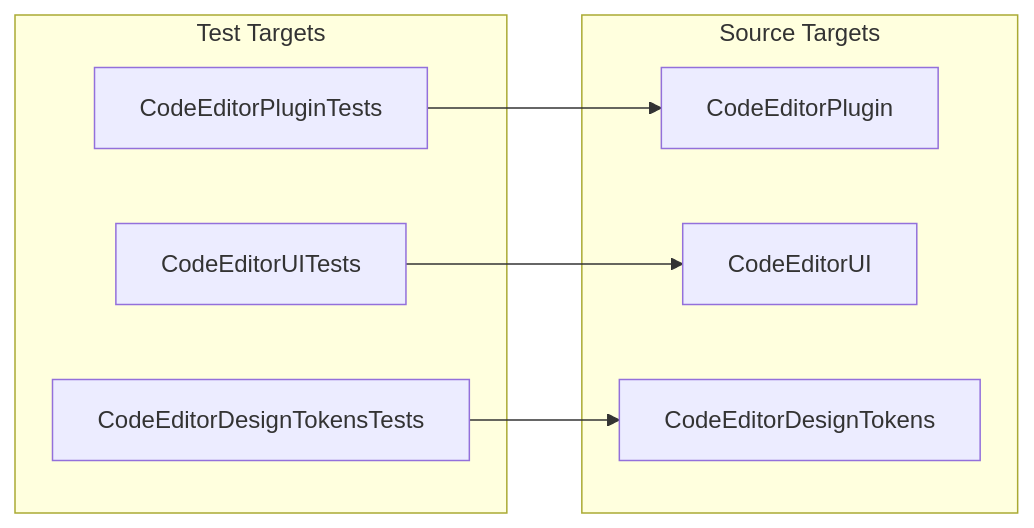
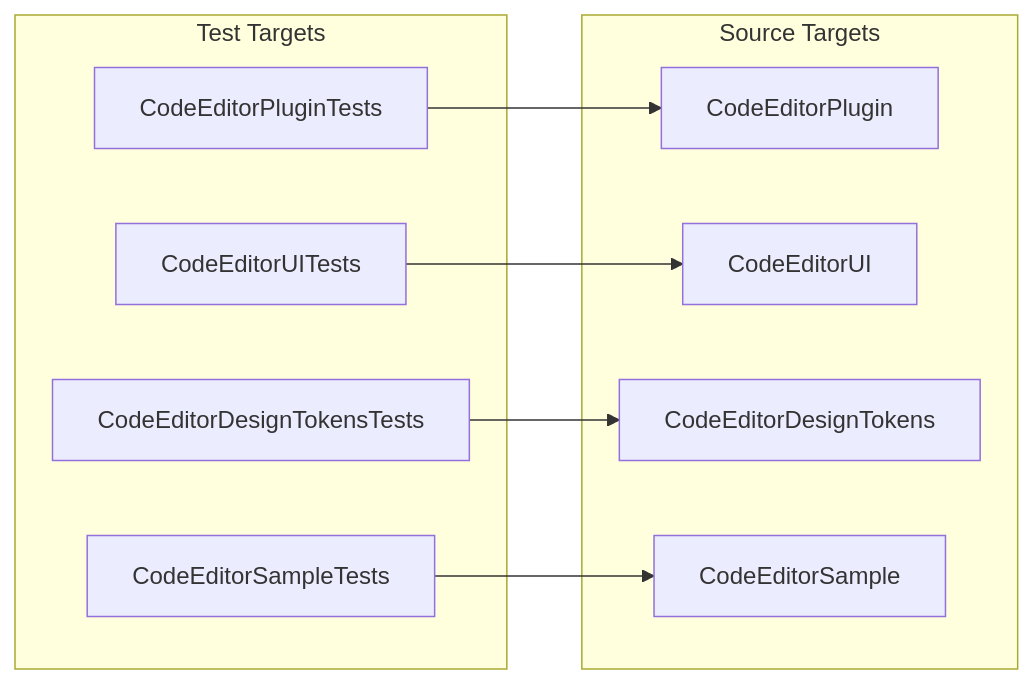
Before and after one commit to ajmcclary/CodeEditorKit: the second of 3 diagrams in docs/Diagrams/26-sample-dependencies.md, drawn with Mermaid. The commit also changed other lines of this file and 24 other files, not shown here.

````diff
--- a/docs/Diagrams/26-sample-dependencies.md
+++ b/docs/Diagrams/26-sample-dependencies.md
@@ -29,18 +29,21 @@
 ```mermaid
 flowchart LR
     subgraph "Test Targets"
         PluginTests[CodeEditorPluginTests]
         TokensTests[CodeEditorDesignTokensTests]
         UITests[CodeEditorUITests]
+        SampleTests[CodeEditorSampleTests]
     end
 
     subgraph "Source Targets"
         Plugin[CodeEditorPlugin]
         UI[CodeEditorUI]
         Tokens[CodeEditorDesignTokens]
+        Sample[CodeEditorSample]
     end
 
     PluginTests --> Plugin
     TokensTests --> Tokens
     UITests --> UI
+    SampleTests --> Sample
 ```
````
